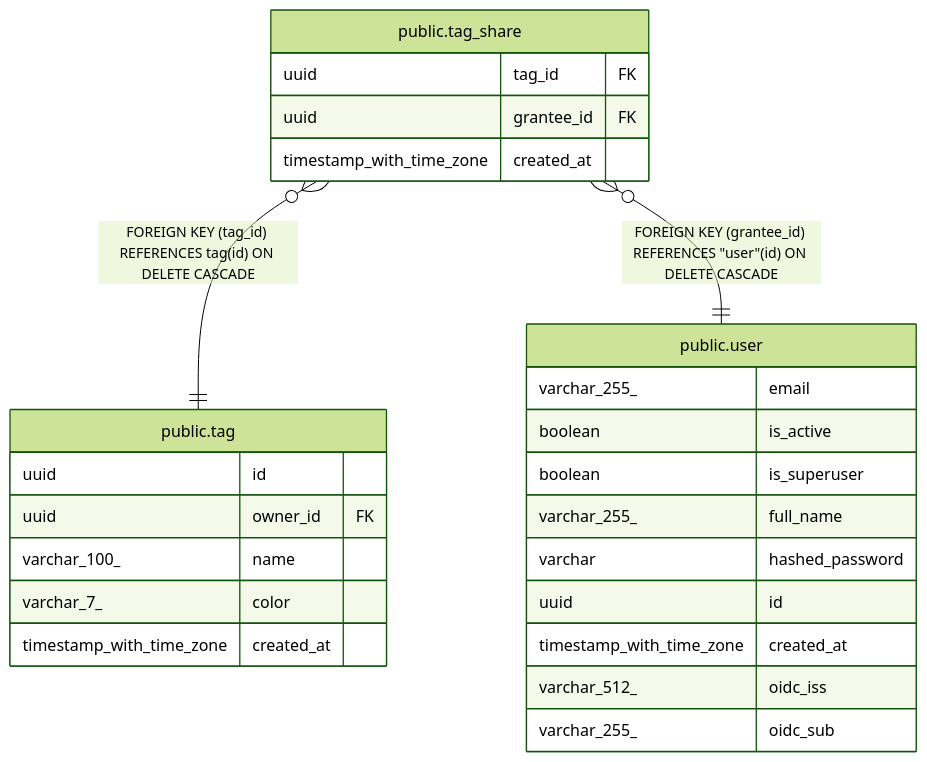
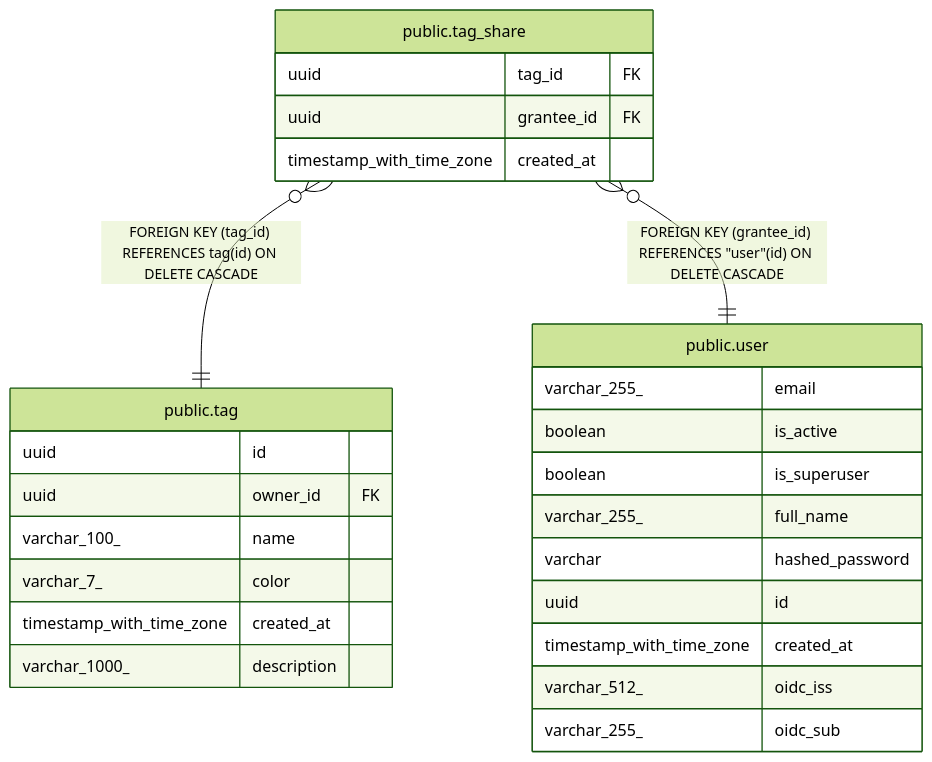
The diagram in docs/db/public.tag_share.md (pike00/Kindred), drawn with Mermaid (forest theme) before and after one commit. The commit also changed 26 other files, not shown here.

````diff
--- a/docs/db/public.tag_share.md
+++ b/docs/db/public.tag_share.md
@@ -34,30 +34,31 @@
 ```mermaid
 erDiagram
 
 "public.tag_share" }o--|| "public.tag" : "FOREIGN KEY (tag_id) REFERENCES tag(id) ON DELETE CASCADE"
 "public.tag_share" }o--|| "public.user" : "FOREIGN KEY (grantee_id) REFERENCES #quot;user#quot;(id) ON DELETE CASCADE"
 
 "public.tag_share" {
   uuid tag_id FK
   uuid grantee_id FK
   timestamp_with_time_zone created_at
 }
 "public.tag" {
   uuid id
   uuid owner_id FK
   varchar_100_ name
   varchar_7_ color
   timestamp_with_time_zone created_at
+  varchar_1000_ description
 }
 "public.user" {
   varchar_255_ email
   boolean is_active
   boolean is_superuser
   varchar_255_ full_name
   varchar hashed_password
   uuid id
   timestamp_with_time_zone created_at
   varchar_512_ oidc_iss
   varchar_255_ oidc_sub
 }
 ```
````
